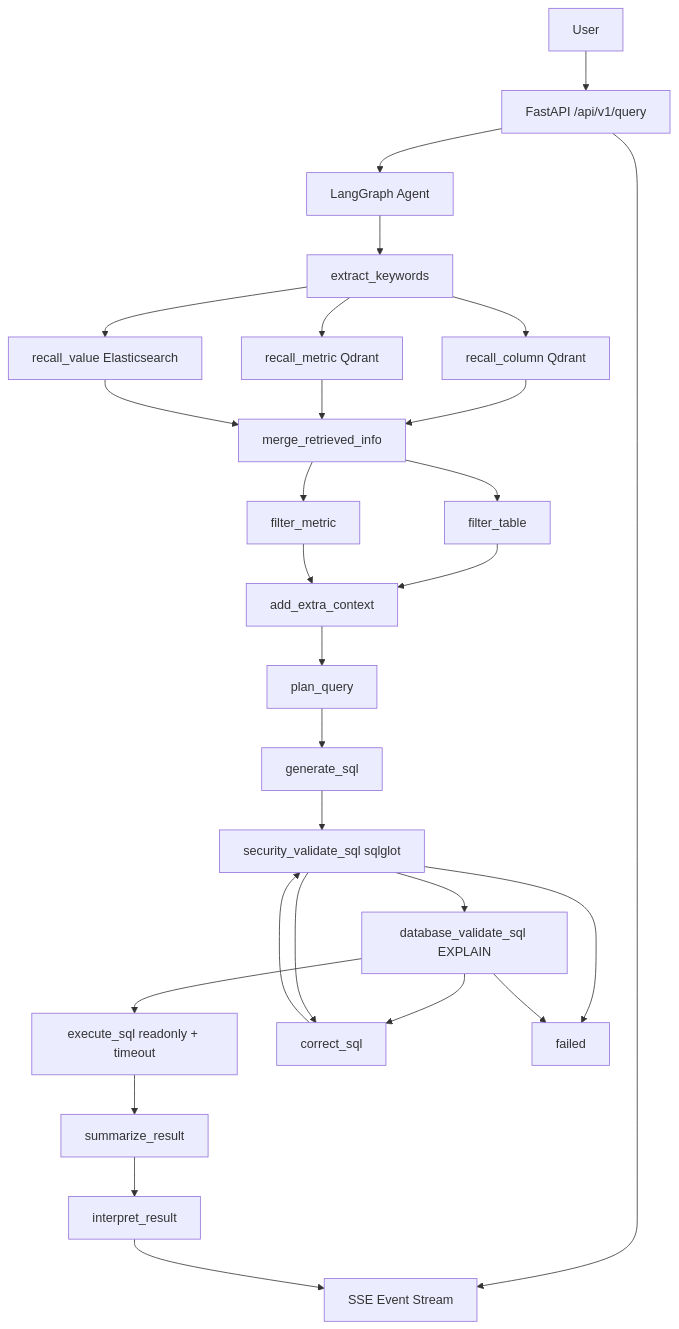
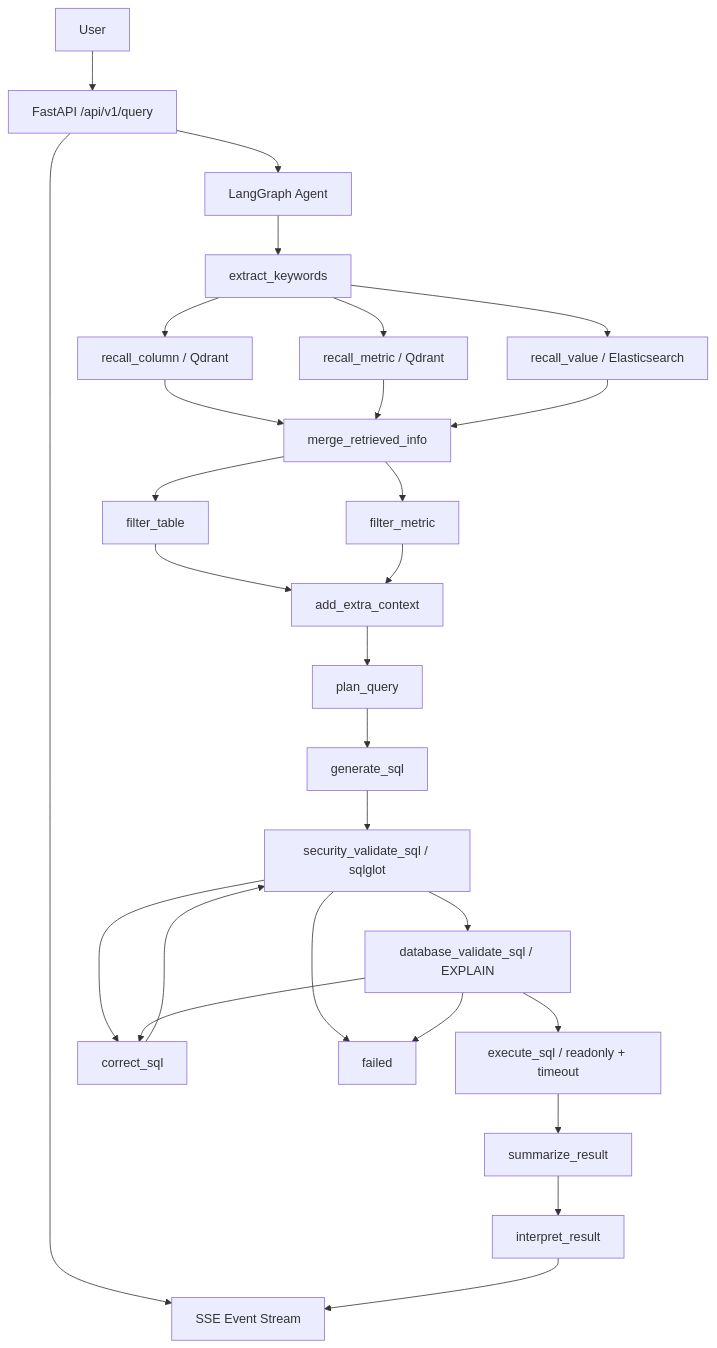
One commit to qiuganga/wenshu_agent changed the diagram in README.md. Above: the diagram before and after it, drawn with Mermaid. The commit also changed other lines of this file and 1 other file, not shown here.

Commit message:
docs: update security and runtime documentation

````diff
--- a/README.md
+++ b/README.md
@@ -40,30 +7,30 @@
 ```mermaid
 flowchart TD
     U[User] --> API[FastAPI /api/v1/query]
     API --> SSE[SSE Event Stream]
     API --> G[LangGraph Agent]
     G --> K[extract_keywords]
-    K --> C[recall_column Qdrant]
-    K --> M[recall_metric Qdrant]
-    K --> V[recall_value Elasticsearch]
+    K --> C[recall_column / Qdrant]
+    K --> M[recall_metric / Qdrant]
+    K --> V[recall_value / Elasticsearch]
     C --> Merge[merge_retrieved_info]
     M --> Merge
     V --> Merge
     Merge --> FT[filter_table]
     Merge --> FM[filter_metric]
     FT --> CTX[add_extra_context]
     FM --> CTX
     CTX --> PLAN[plan_query]
     PLAN --> GEN[generate_sql]
-    GEN --> SEC[security_validate_sql sqlglot]
-    SEC --> DBV[database_validate_sql EXPLAIN]
-    DBV --> EXE[execute_sql readonly + timeout]
-    DBV --> COR[correct_sql]
-    SEC --> COR
+    GEN --> SEC[security_validate_sql / sqlglot]
+    SEC --> DBV[database_validate_sql / EXPLAIN]
+    DBV --> EXE[execute_sql / readonly + timeout]
+    SEC --> COR[correct_sql]
+    DBV --> COR
     COR --> SEC
     SEC --> FAIL[failed]
     DBV --> FAIL
     EXE --> SUM[summarize_result]
     SUM --> INT[interpret_result]
     INT --> SSE
 ```
````
